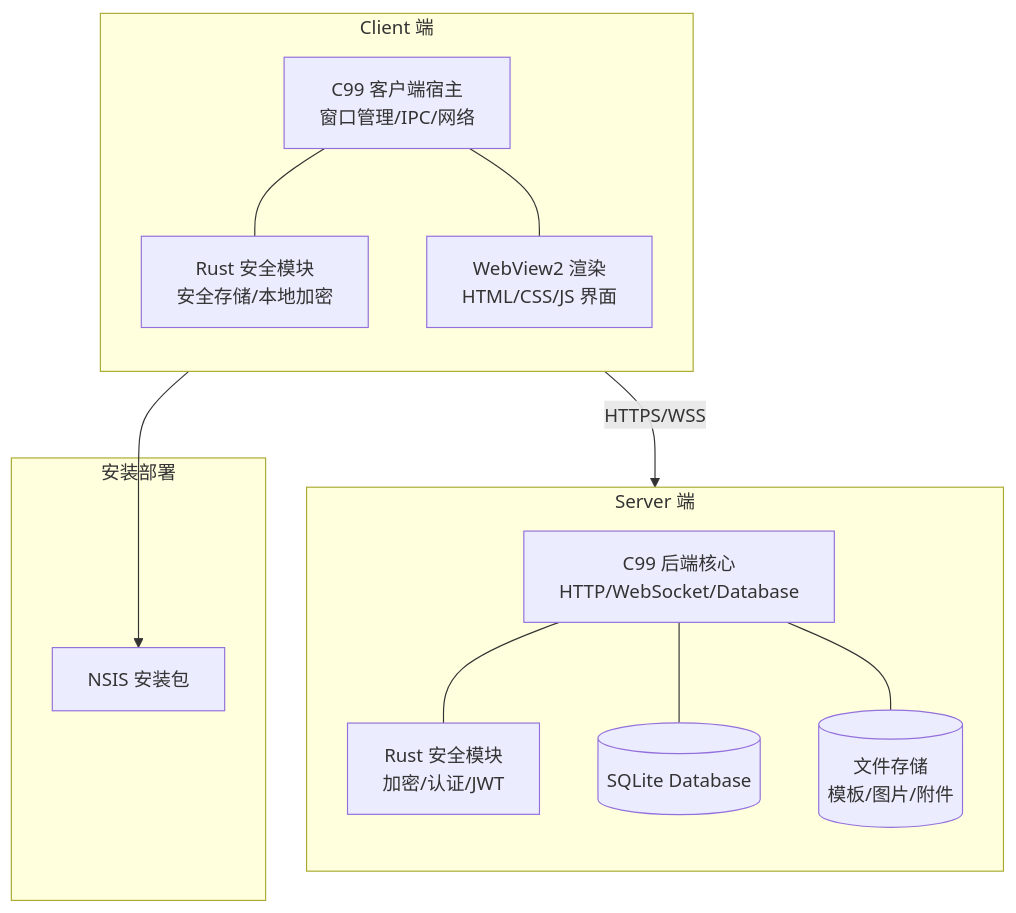
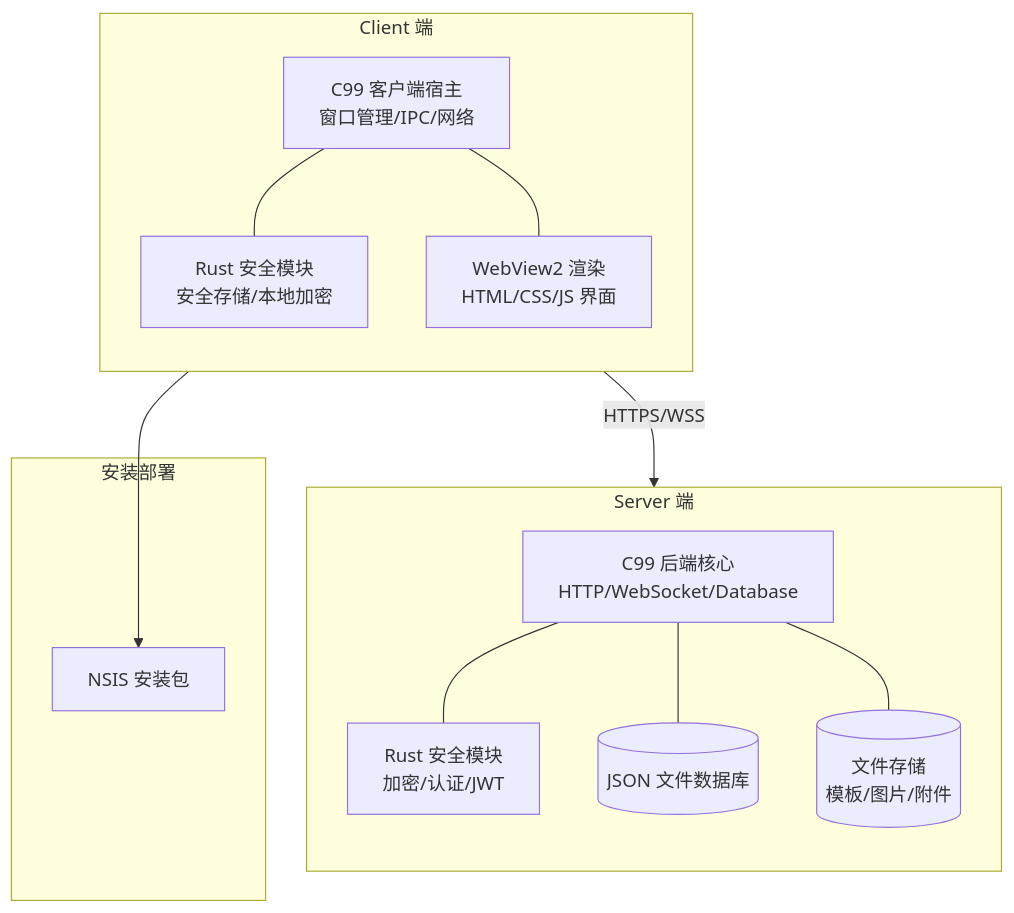
One commit to haiyanfurry/Chrono-shift changed the first of 3 diagrams in plans/ARCHITECTURE.md. Above: the diagram before and after it, drawn with Mermaid. The commit also changed other lines of this file and 29 other files, not shown here.

````diff
--- a/plans/ARCHITECTURE.md
+++ b/plans/ARCHITECTURE.md
@@ -26,32 +28,32 @@
 ```mermaid
 flowchart TB
     subgraph Server["Server 端"]
         direction TB
         S_CORE["C99 后端核心<br/>HTTP/WebSocket/Database"]
         S_RUST["Rust 安全模块<br/>加密/认证/JWT"]
-        S_DB[("SQLite Database")]
+        S_DB[("JSON 文件数据库")]
         S_FS[("文件存储<br/>模板/图片/附件")]
         
         S_CORE --- S_RUST
         S_CORE --- S_DB
         S_CORE --- S_FS
     end
     
     subgraph Client["Client 端"]
         direction TB
         C_CORE["C99 客户端宿主<br/>窗口管理/IPC/网络"]
         C_RUST["Rust 安全模块<br/>安全存储/本地加密"]
         C_WV["WebView2 渲染<br/>HTML/CSS/JS 界面"]
         
         C_CORE --- C_RUST
         C_CORE --- C_WV
     end
     
     Client -- "HTTPS/WSS" --> Server
     
     subgraph Install["安装部署"]
         NSIS["NSIS 安装包"]
     end
     
     Client --> NSIS
 ```
````
